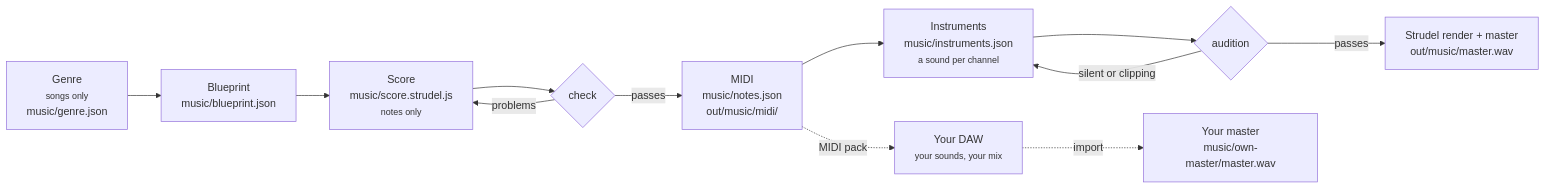
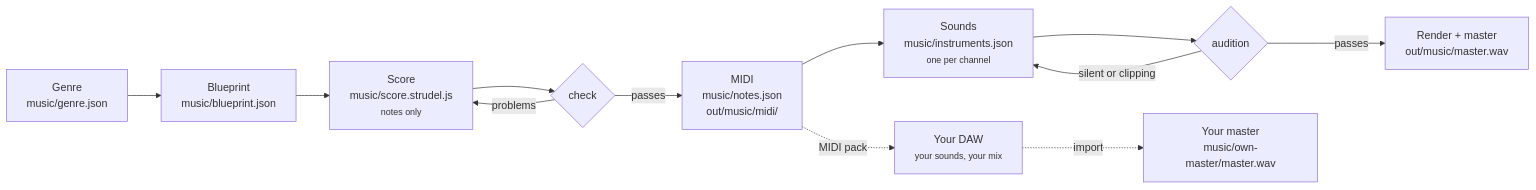
One commit to GTKottman/mortiflix-music-oss changed the diagram in docs/MUSIC.md. Above: the diagram before and after it, drawn with Mermaid. The commit also changed other lines of this file and 142 other files, not shown here.

````diff
--- a/docs/MUSIC.md
+++ b/docs/MUSIC.md
@@ -14,14 +13,14 @@
 ```mermaid
 flowchart LR
-  G["Genre<br/><small>songs only</small><br/>music/genre.json"] --> B["Blueprint<br/>music/blueprint.json"]
+  G["Genre<br/>music/genre.json"] --> B["Blueprint<br/>music/blueprint.json"]
   B --> S["Score<br/>music/score.strudel.js<br/><small>notes only</small>"]
   S --> C{"check"}
   C -- problems --> S
   C -- passes --> M["MIDI<br/>music/notes.json<br/>out/music/midi/"]
-  M --> I["Instruments<br/>music/instruments.json<br/><small>a sound per channel</small>"]
+  M --> I["Sounds<br/>music/instruments.json<br/><small>one per channel</small>"]
   I --> A{"audition"}
   A -- silent or clipping --> I
-  A -- passes --> R["Strudel render + master<br/>out/music/master.wav"]
+  A -- passes --> R["Render + master<br/>out/music/master.wav"]
   M -. MIDI pack .-> D["Your DAW<br/><small>your sounds, your mix</small>"]
   D -. import .-> O["Your master<br/>music/own-master/master.wav"]
 ```
````
